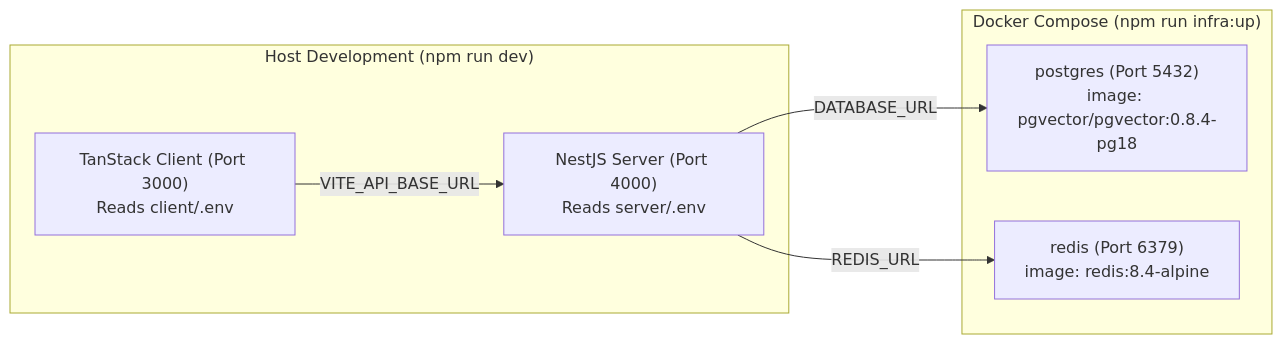
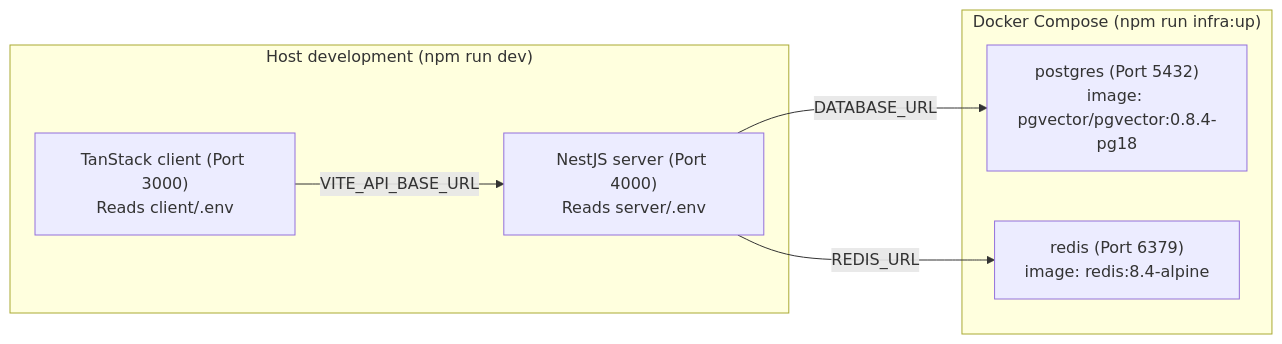
The second of 2 diagrams in docs/developer-guide/14-configuration-and-environments.md (MahmoudAhmed184/Morshid), drawn with Mermaid before and after one commit. The commit also changed other lines of this file and 19 other files, not shown here.

````diff
--- a/docs/developer-guide/14-configuration-and-environments.md
+++ b/docs/developer-guide/14-configuration-and-environments.md
@@ -88,16 +88,16 @@
 ```mermaid
 graph LR
     subgraph ComposeInfra["Docker Compose (npm run infra:up)"]
         PG["postgres (Port 5432)<br/>image: pgvector/pgvector:0.8.4-pg18"]
         RD["redis (Port 6379)<br/>image: redis:8.4-alpine"]
     end
 
-    subgraph HostDev["Host Development (npm run dev)"]
-        Nest["NestJS Server (Port 4000)<br/>Reads server/.env"]
-        Vite["TanStack Client (Port 3000)<br/>Reads client/.env"]
+    subgraph HostDev["Host development (npm run dev)"]
+        Nest["NestJS server (Port 4000)<br/>Reads server/.env"]
+        Vite["TanStack client (Port 3000)<br/>Reads client/.env"]
     end
 
     Nest -->|DATABASE_URL| PG
     Nest -->|REDIS_URL| RD
     Vite -->|VITE_API_BASE_URL| Nest
 ```
````
